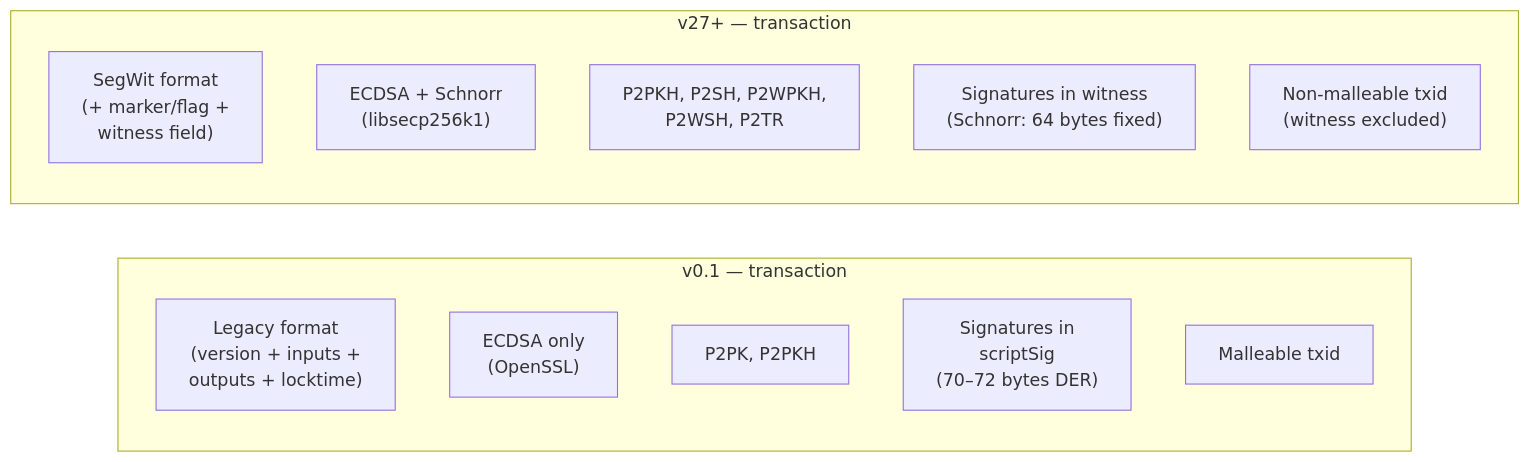
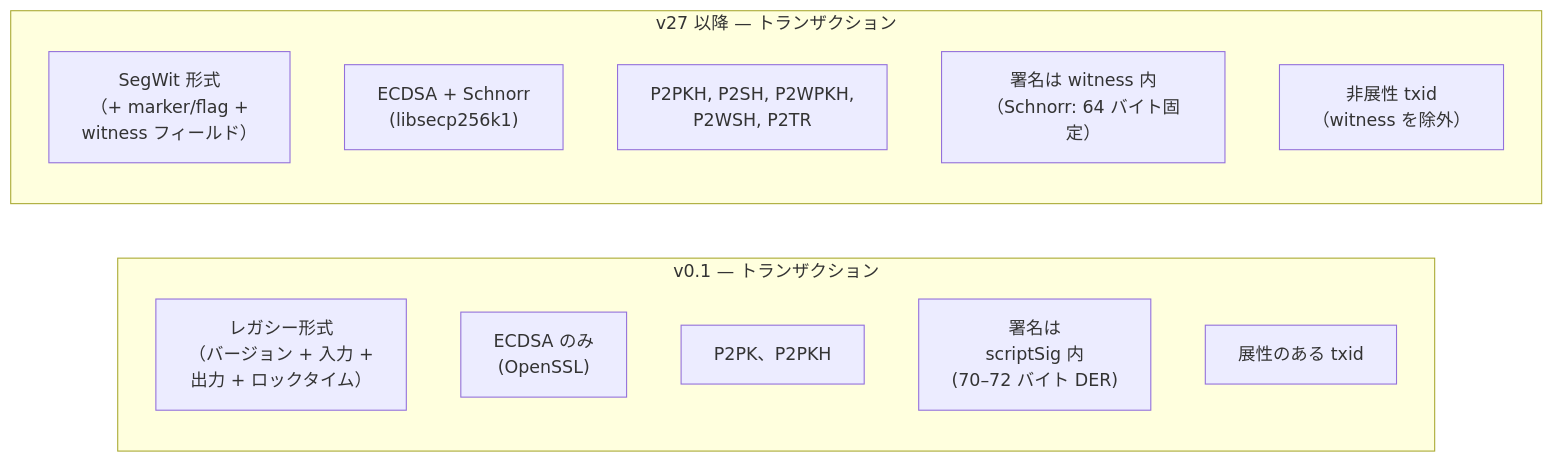
The third of 10 diagrams in src/data/translations/ja/design/2009-01-03-bitcoin-architecture-evolution.md (cypher256/BitcoinArchive), drawn with Mermaid before and after one commit. The commit also changed other lines of this file and 11 other files, not shown here.

````diff
--- a/src/data/translations/ja/design/2009-01-03-bitcoin-architecture-evolution.md
+++ b/src/data/translations/ja/design/2009-01-03-bitcoin-architecture-evolution.md
@@ -112,20 +112,20 @@
 ```mermaid
 flowchart LR
-    subgraph V01_TX["v0.1 — transaction"]
+    subgraph V01_TX["v0.1 — トランザクション"]
         direction TB
-        LEG["Legacy format<br/>(version + inputs +<br/>outputs + locktime)"]
-        ECDSA_0["ECDSA only<br/>(OpenSSL)"]
-        P2PK_0["P2PK, P2PKH"]
-        SIG_0["Signatures in<br/>scriptSig<br/>(70–72 bytes DER)"]
-        MALL["Malleable txid"]
+        LEG["レガシー形式<br/>（バージョン + 入力 +<br/>出力 + ロックタイム）"]
+        ECDSA_0["ECDSA のみ<br/>(OpenSSL)"]
+        P2PK_0["P2PK、P2PKH"]
+        SIG_0["署名は<br/>scriptSig 内<br/>(70–72 バイト DER)"]
+        MALL["展性のある txid"]
     end
 
-    subgraph V27_TX["v27+ — transaction"]
+    subgraph V27_TX["v27 以降 — トランザクション"]
         direction TB
-        SEG["SegWit format<br/>(+ marker/flag +<br/>witness field)"]
+        SEG["SegWit 形式<br/>（+ marker/flag +<br/>witness フィールド）"]
         SIG_N["ECDSA + Schnorr<br/>(libsecp256k1)"]
         TYPES["P2PKH, P2SH, P2WPKH,<br/>P2WSH, P2TR"]
-        WIT["Signatures in witness<br/>(Schnorr: 64 bytes fixed)"]
-        FIXED["Non-malleable txid<br/>(witness excluded)"]
+        WIT["署名は witness 内<br/>（Schnorr: 64 バイト固定）"]
+        FIXED["非展性 txid<br/>（witness を除外）"]
     end
 ```
````
